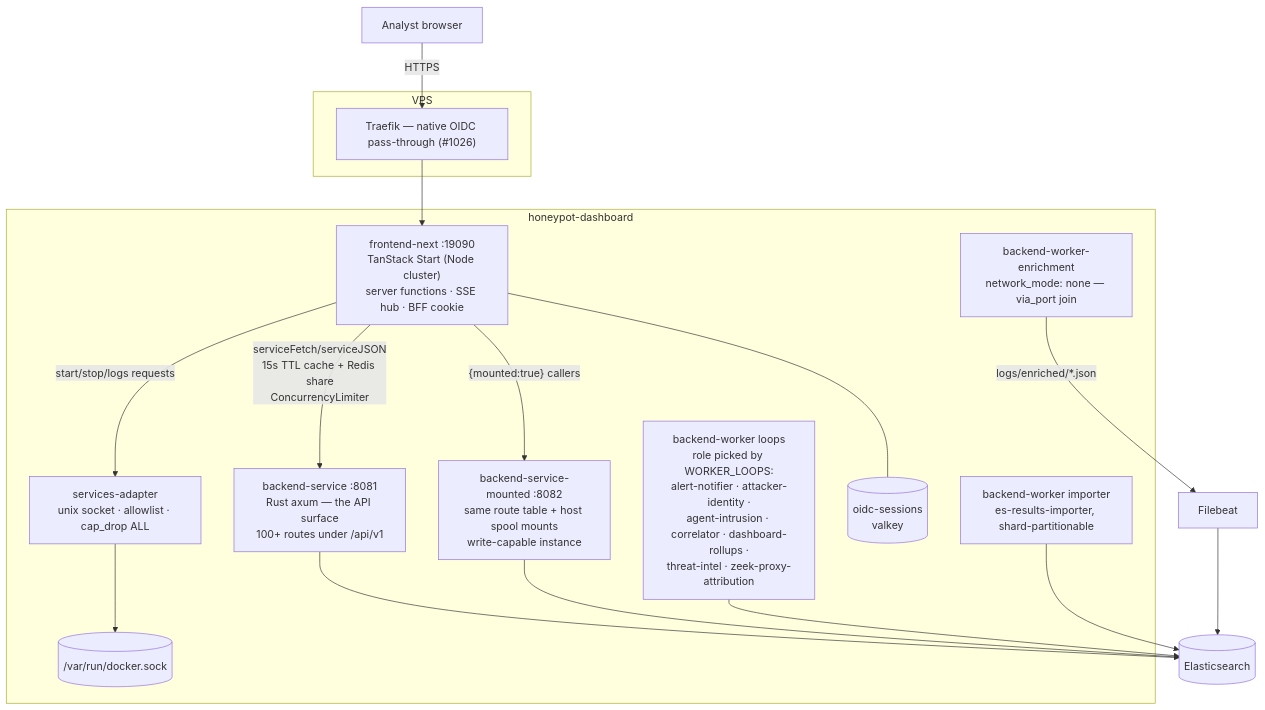
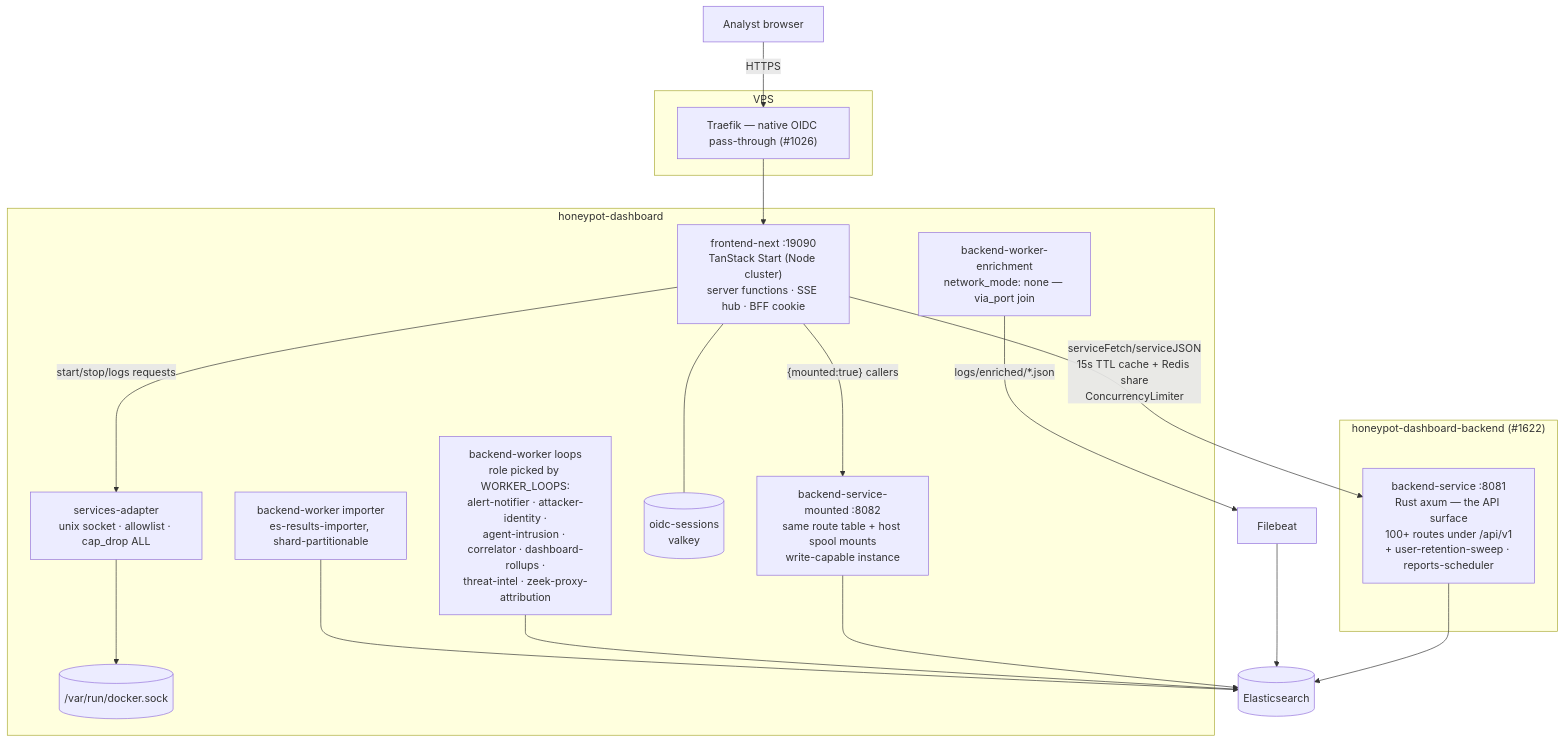
The second of 4 diagrams in docs/ARCHITECTURE.md (Xore/APIARY), drawn with Mermaid before and after one commit. The commit also changed other lines of this file and 84 other files, not shown here.

First line of the commit message:
docs: reconcile 43 markdown files with the current repository state, and gate diagram/link rot (#3398)

````diff
--- a/docs/ARCHITECTURE.md
+++ b/docs/ARCHITECTURE.md
@@ -112,30 +112,33 @@
 ```mermaid
 flowchart TB
   analyst["Analyst browser"]
 
   subgraph vps2["VPS"]
     t["Traefik — native OIDC pass-through (#1026)"]
   end
 
   subgraph stack["honeypot-dashboard"]
     fe["frontend-next :19090<br/>TanStack Start (Node cluster)<br/>server functions · SSE hub · BFF cookie"]
-    bs["backend-service :8081<br/>Rust axum — the API surface<br/>100+ routes under /api/v1"]
     bsm["backend-service-mounted :8082<br/>same route table + host spool mounts<br/>write-capable instance"]
     loops["backend-worker loops<br/>role picked by WORKER_LOOPS:<br/>alert-notifier · attacker-identity ·<br/>agent-intrusion · correlator · dashboard-rollups ·<br/>threat-intel · zeek-proxy-attribution"]
     imp["backend-worker importer<br/>es-results-importer, shard-partitionable"]
     enr["backend-worker-enrichment<br/>network_mode: none — via_port join"]
     redis[("oidc-sessions<br/>valkey")]
     adapter["services-adapter<br/>unix socket · allowlist · cap_drop ALL"]
     sock[("/var/run/docker.sock")]
+  end
+
+  subgraph stackbe["honeypot-dashboard-backend (#1622)"]
+    bs["backend-service :8081<br/>Rust axum — the API surface<br/>100+ routes under /api/v1<br/>+ user-retention-sweep · reports-scheduler"]
   end
 
   es[("Elasticsearch")]
 
   analyst -->|"HTTPS"| t --> fe
   fe -->|"serviceFetch/serviceJSON<br/>15s TTL cache + Redis share<br/>ConcurrencyLimiter"| bs
   fe -->|"{mounted:true} callers"| bsm
   fe --- redis
   bs & bsm & loops & imp --> es
   enr -->|"logs/enriched/*.json"| fb2["Filebeat"] --> es
   fe -->|"start/stop/logs requests"| adapter --> sock
 ```
````
